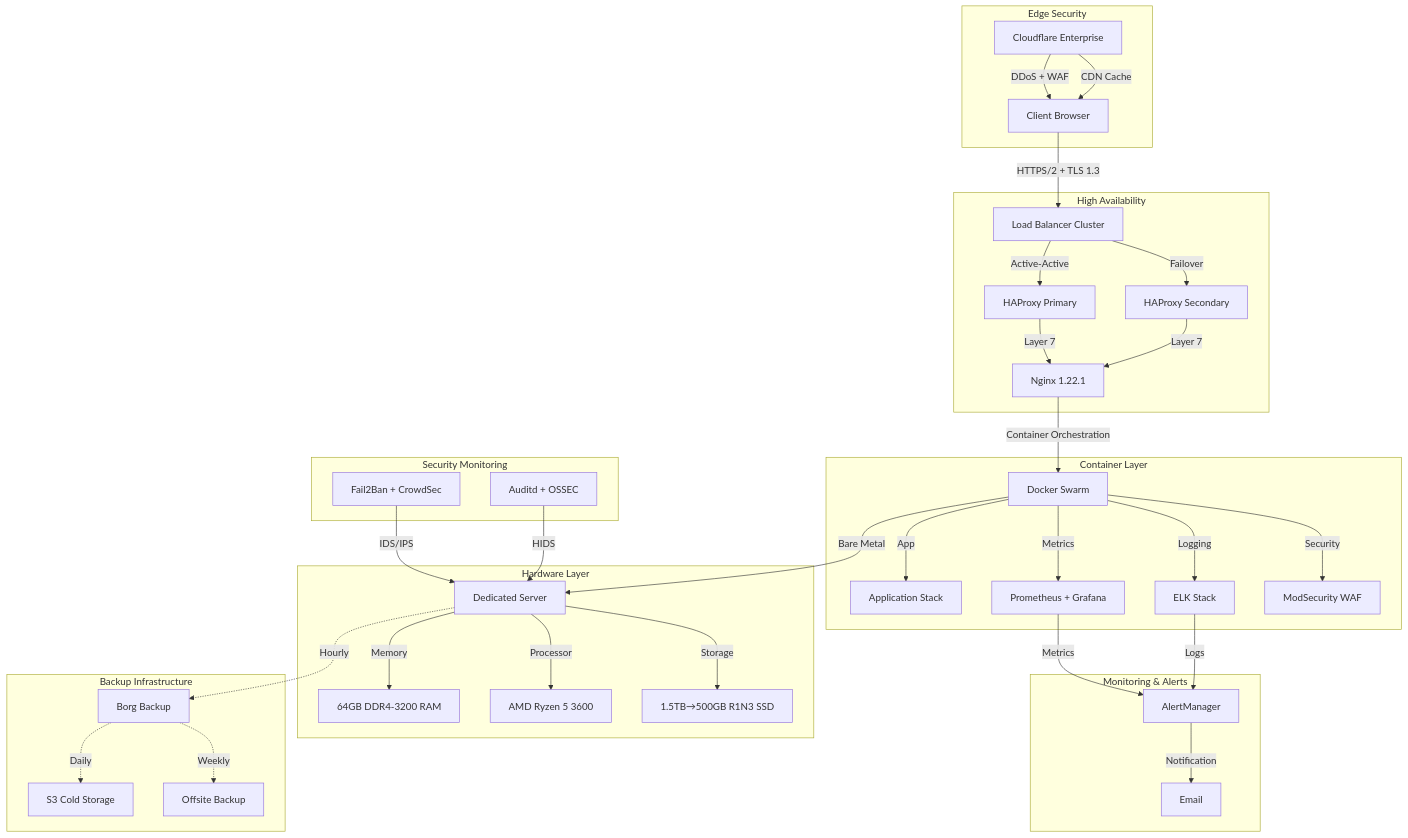
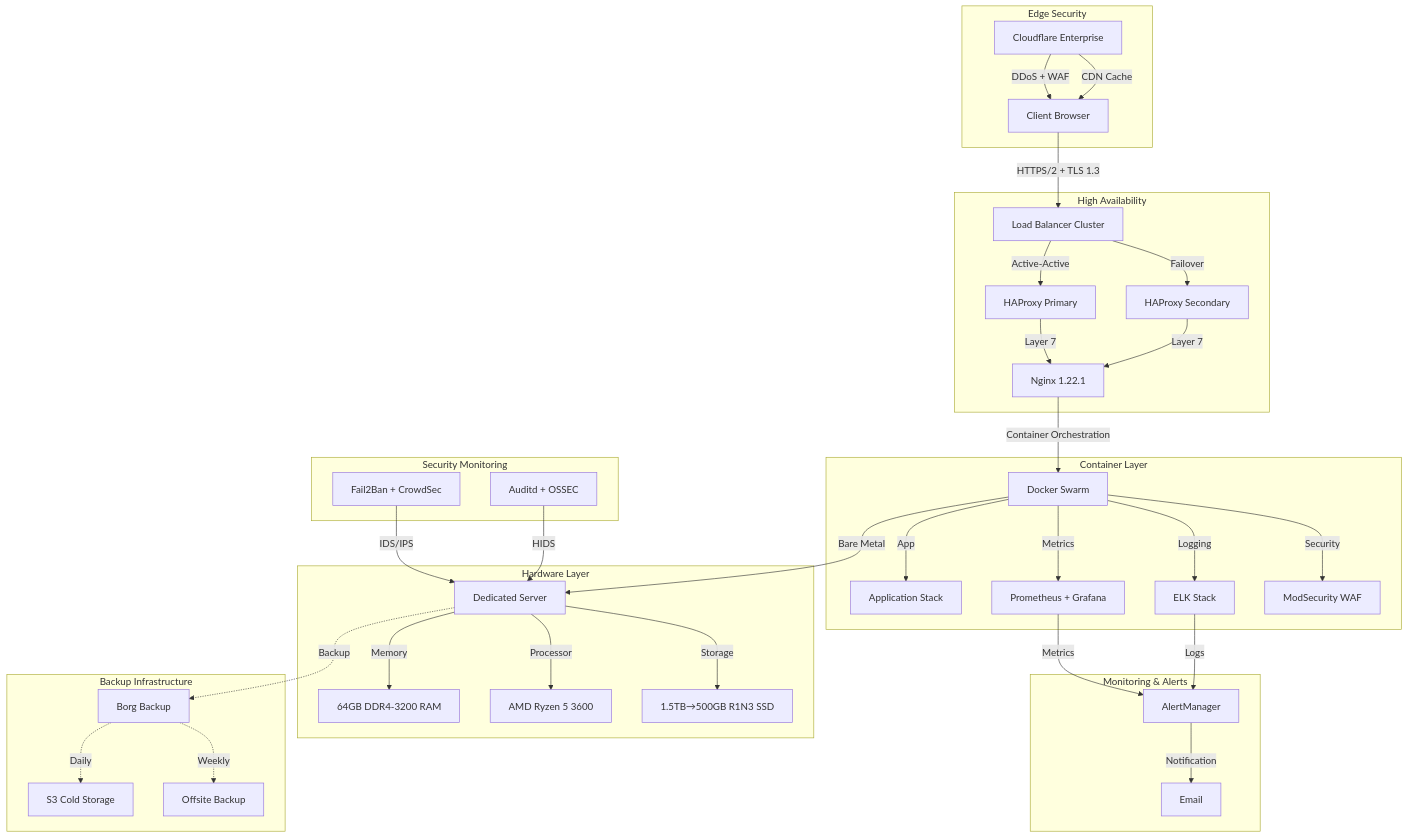
One commit to lucaskemper/portfolio-website changed the diagram in README.md. Above: the diagram before and after it, drawn with Mermaid.

````diff
--- a/README.md
+++ b/README.md
@@ -35,50 +35,50 @@
 ```mermaid
 graph TD
     subgraph Edge Security
         CF[Cloudflare Enterprise] -->|DDoS + WAF| A
         CF -->|CDN Cache| A
     end
 
     A[Client Browser] -->|HTTPS/2 + TLS 1.3| LB[Load Balancer Cluster]
 
     subgraph High Availability
         LB -->|Active-Active| HAP1[HAProxy Primary]
         LB -->|Failover| HAP2[HAProxy Secondary]
         HAP1 -->|Layer 7| NGX[Nginx 1.22.1]
         HAP2 -->|Layer 7| NGX
     end
 
     NGX -->|Container Orchestration| DOC[Docker Swarm]
 
     subgraph Container Layer
         DOC -->|App| APP[Application Stack]
         DOC -->|Metrics| PROM[Prometheus + Grafana]
         DOC -->|Logging| ELK[ELK Stack]
         DOC -->|Security| FW[ModSecurity WAF]
     end
 
     DOC -->|Bare Metal| E[Dedicated Server]
 
     subgraph Hardware Layer
         E -->|Memory| F[64GB DDR4-3200 RAM]
         E -->|Processor| G[AMD Ryzen 5 3600]
         E -->|Storage| H[1.5TB→500GB R1N3 SSD]
     end
 
     subgraph Monitoring & Alerts
         PROM -->|Metrics| ALERT[AlertManager]
         ELK -->|Logs| ALERT
         ALERT -->|Notification| SLACK[Email]
     end
 
     subgraph Backup Infrastructure
-        E -.->|Hourly| BORG[Borg Backup]
+        E -.->|Backup| BORG[Borg Backup]
         BORG -.->|Daily| S3[S3 Cold Storage]
         BORG -.->|Weekly| OFF[Offsite Backup]
     end
 
     subgraph Security Monitoring
         SEC[Fail2Ban + CrowdSec] -->|IDS/IPS| E
         AUD[Auditd + OSSEC] -->|HIDS| E
     end
 ```
````
